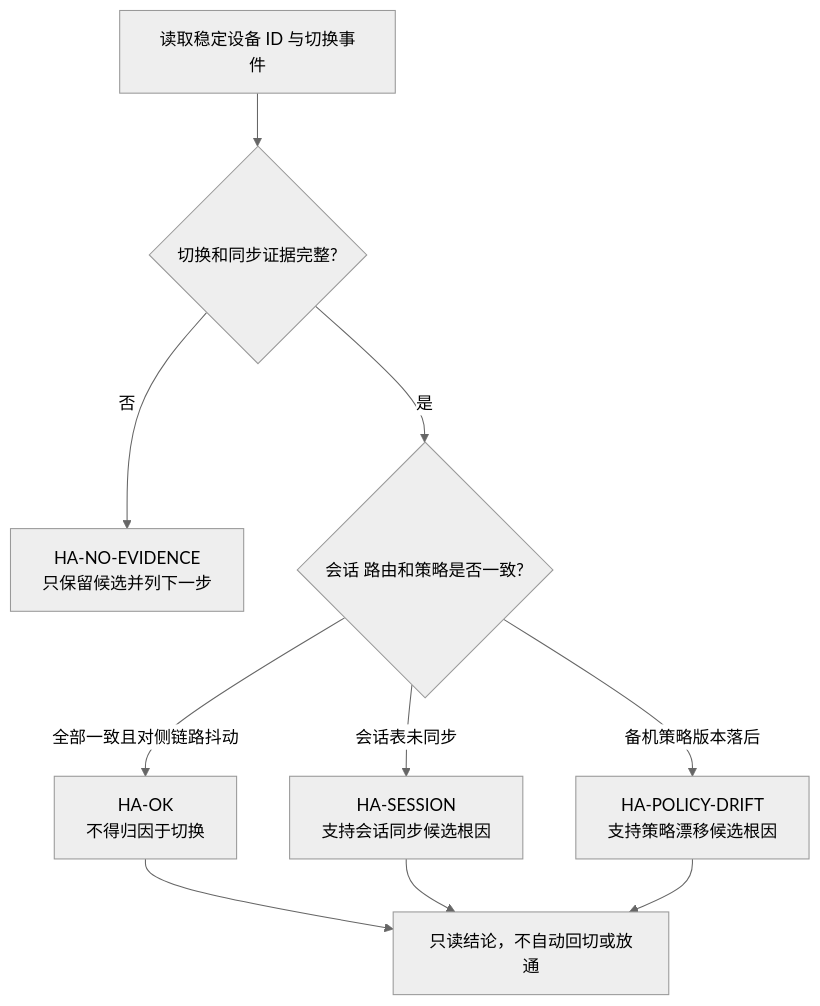
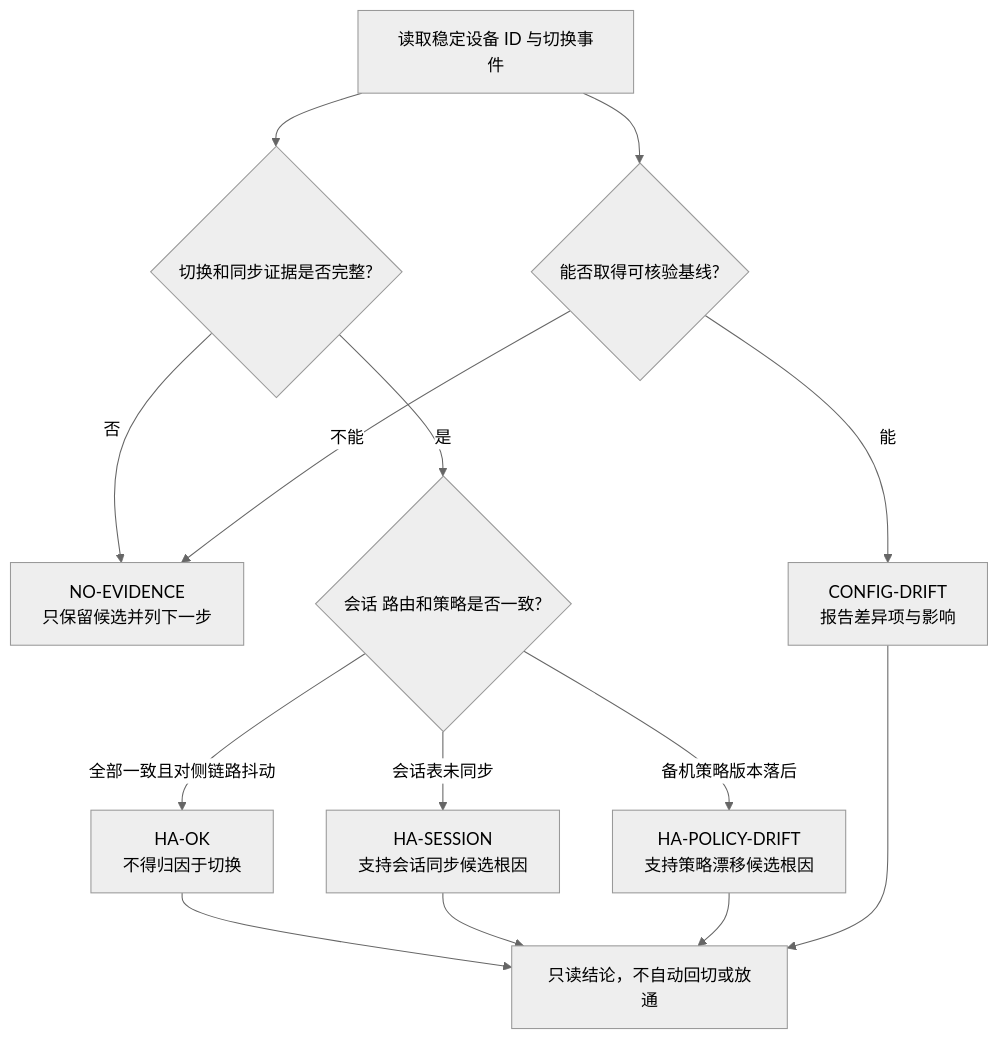
Diagram 11 of 16 in agents/security-operations-expert/evaluation.md (wr5912/ai-agent-harness), drawn with Mermaid (neutral theme) before and after one commit. The commit also changed other lines of this file and 1 other file, not shown here.

````diff
--- a/agents/security-operations-expert/evaluation.md
+++ b/agents/security-operations-expert/evaluation.md
@@ -386,12 +391,16 @@
 ```mermaid
 flowchart TD
-    START[读取稳定设备 ID 与切换事件] --> EVIDENCE{切换和同步证据完整?}
-    EVIDENCE -- 否 --> NO_EVIDENCE[HA-NO-EVIDENCE<br/>只保留候选并列下一步]
+    START[读取稳定设备 ID 与切换事件] --> EVIDENCE{切换和同步证据是否完整?}
+    EVIDENCE -- 否 --> NO_EVIDENCE[NO-EVIDENCE<br/>只保留候选并列下一步]
     EVIDENCE -- 是 --> SYNC{会话 路由和策略是否一致?}
     SYNC -- 全部一致且对侧链路抖动 --> HA_OK[HA-OK<br/>不得归因于切换]
     SYNC -- 会话表未同步 --> SESSION[HA-SESSION<br/>支持会话同步候选根因]
     SYNC -- 备机策略版本落后 --> DRIFT[HA-POLICY-DRIFT<br/>支持策略漂移候选根因]
+    START --> BASELINE{能否取得可核验基线?}
+    BASELINE -- 能 --> CONFIG_DRIFT[CONFIG-DRIFT<br/>报告差异项与影响]
+    BASELINE -- 不能 --> NO_EVIDENCE
     HA_OK --> READ_ONLY[只读结论，不自动回切或放通]
     SESSION --> READ_ONLY
     DRIFT --> READ_ONLY
+    CONFIG_DRIFT --> READ_ONLY
 ```
````
